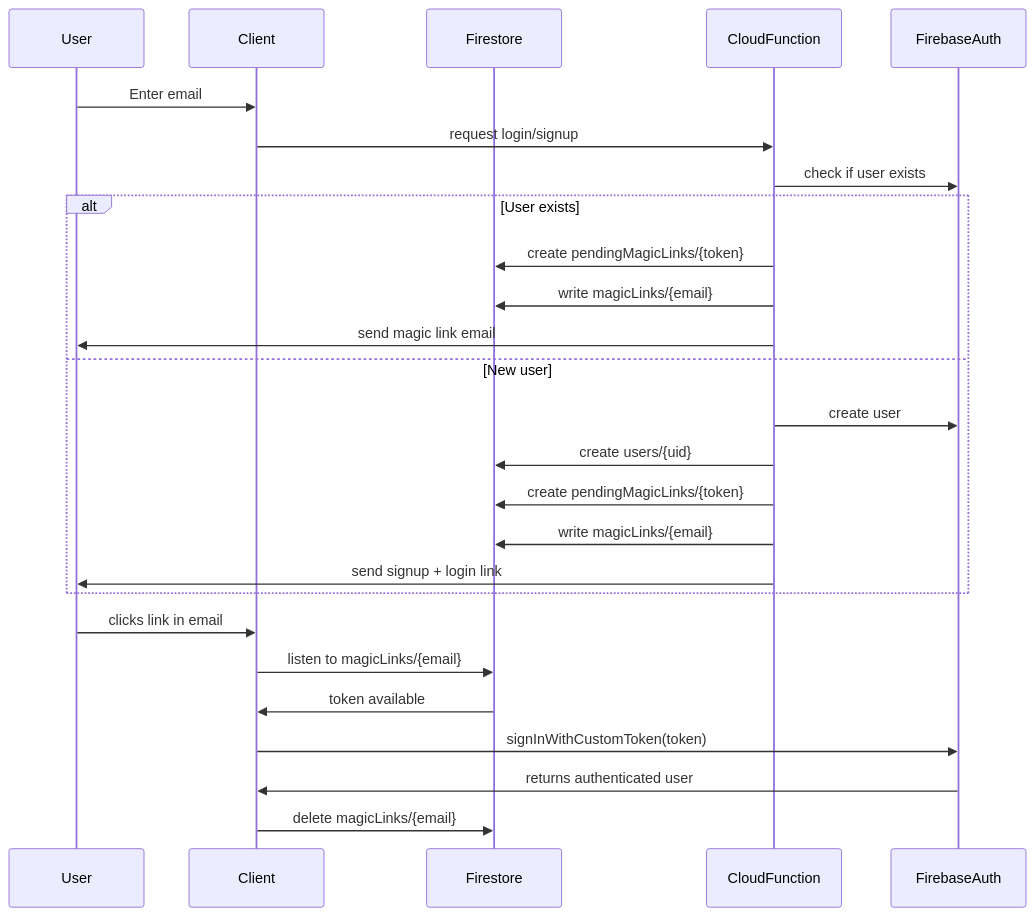
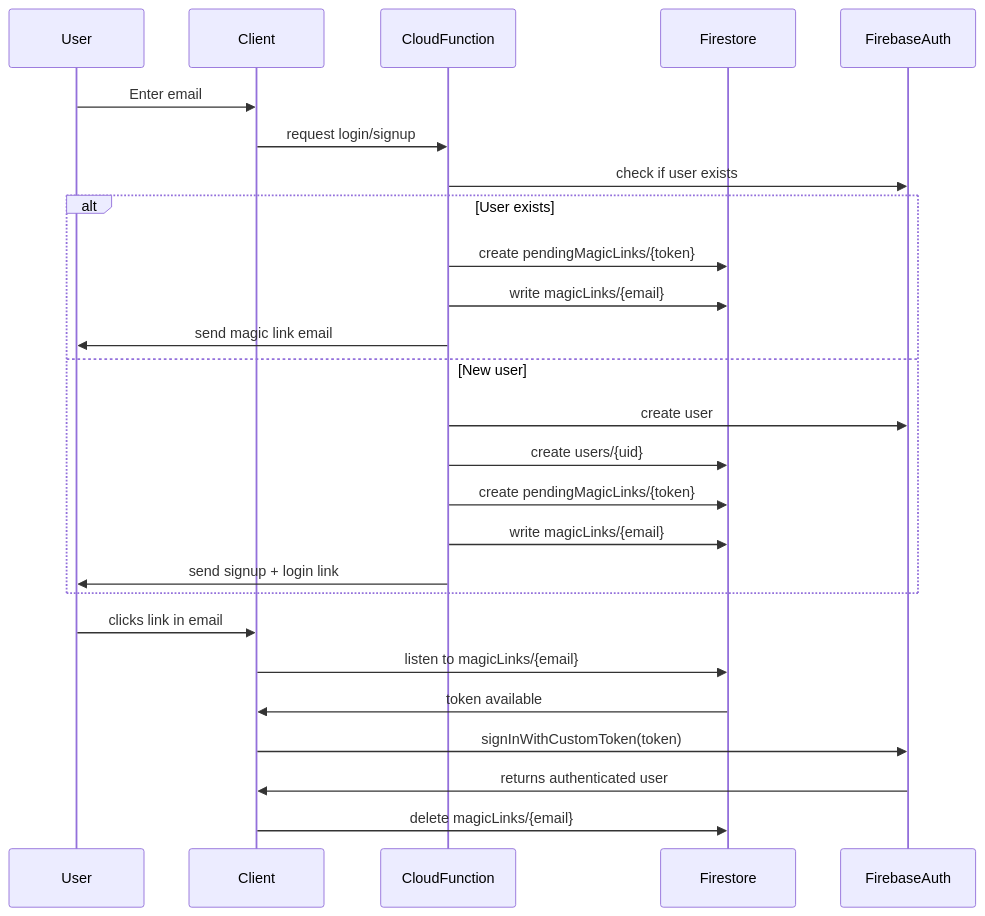
One commit to lafrigolet/freelance-tools changed the diagram in README.md. Above: the diagram before and after it, drawn with Mermaid. The commit also changed other lines of this file, not shown here.

````diff
--- a/README.md
+++ b/README.md
@@ -106,29 +108,29 @@
 ```mermaid
 sequenceDiagram
     participant User
     participant Client
+    participant CloudFunction
     participant Firestore
-    participant CloudFunction
     participant FirebaseAuth
 
     User->>Client: Enter email
     Client->>CloudFunction: request login/signup
     CloudFunction->>FirebaseAuth: check if user exists
     alt User exists
         CloudFunction->>Firestore: create pendingMagicLinks/{token}
         CloudFunction->>Firestore: write magicLinks/{email}
         CloudFunction->>User: send magic link email
     else New user
         CloudFunction->>FirebaseAuth: create user
         CloudFunction->>Firestore: create users/{uid}
         CloudFunction->>Firestore: create pendingMagicLinks/{token}
         CloudFunction->>Firestore: write magicLinks/{email}
         CloudFunction->>User: send signup + login link
     end
     User->>Client: clicks link in email
     Client->>Firestore: listen to magicLinks/{email}
     Firestore->>Client: token available
     Client->>FirebaseAuth: signInWithCustomToken(token)
     FirebaseAuth->>Client: returns authenticated user
     Client->>Firestore: delete magicLinks/{email}
 ```
````
